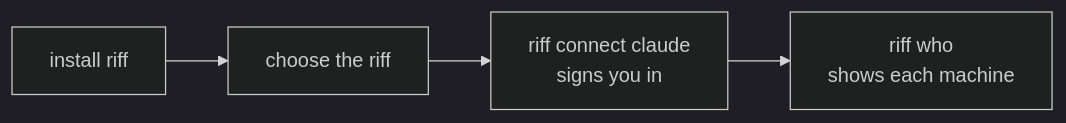
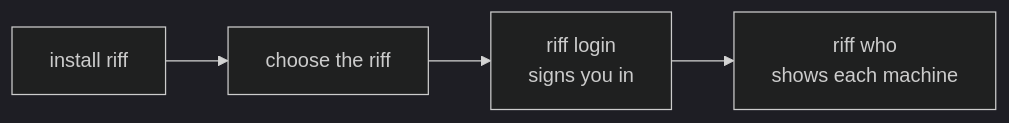
Before and after one commit to como-technologies/riff: the diagram in docs/src/join-a-riff.md, drawn with Mermaid (dark theme). The commit also changed other lines of this file and 94 other files, not shown here.

````diff
--- a/docs/src/join-a-riff.md
+++ b/docs/src/join-a-riff.md
@@ -14,6 +14,6 @@
 ```mermaid
 flowchart LR
     I[install riff] --> C[choose the riff]
-    C --> S["riff connect claude<br/>signs you in"]
+    C --> S["riff login<br/>signs you in"]
     S --> W["riff who<br/>shows each machine"]
 ```
````
